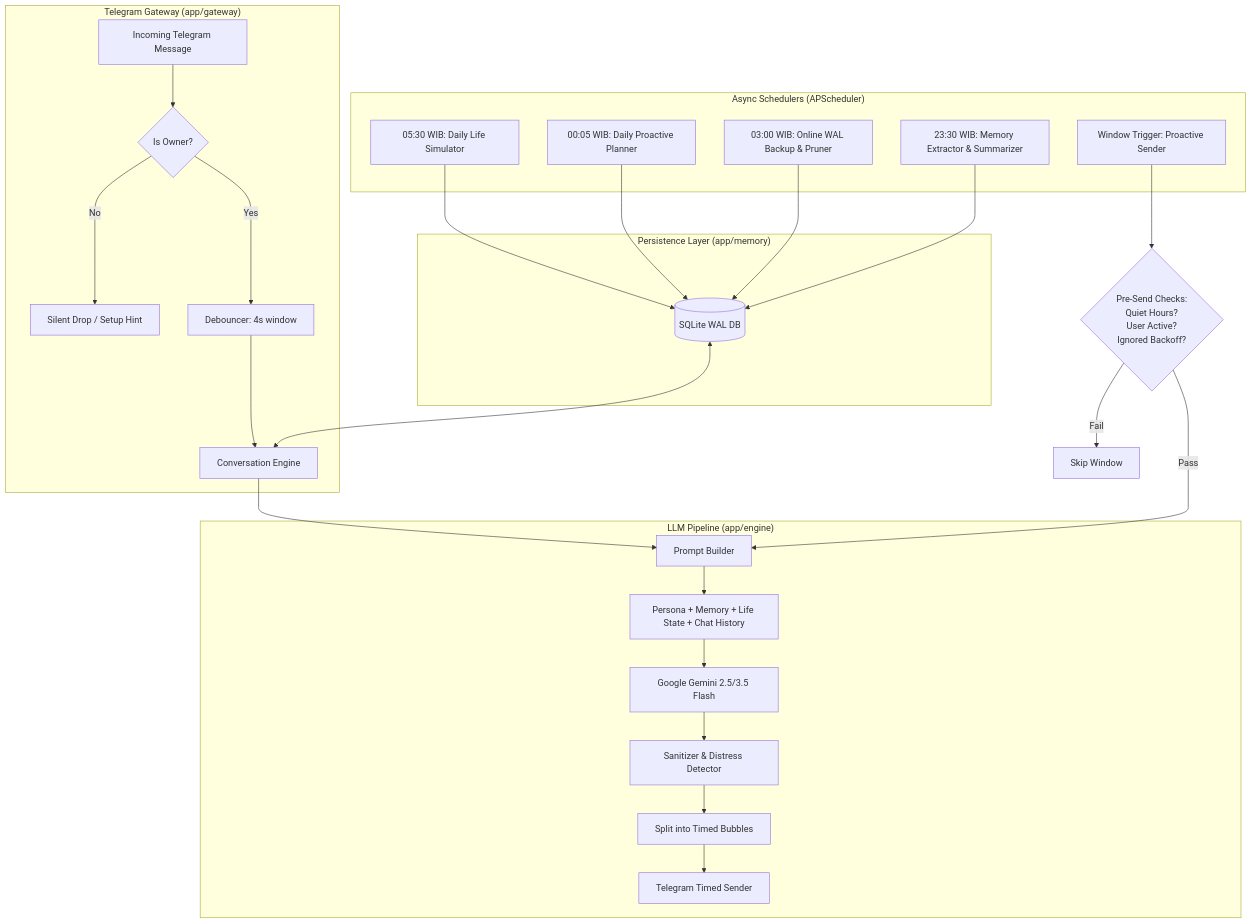
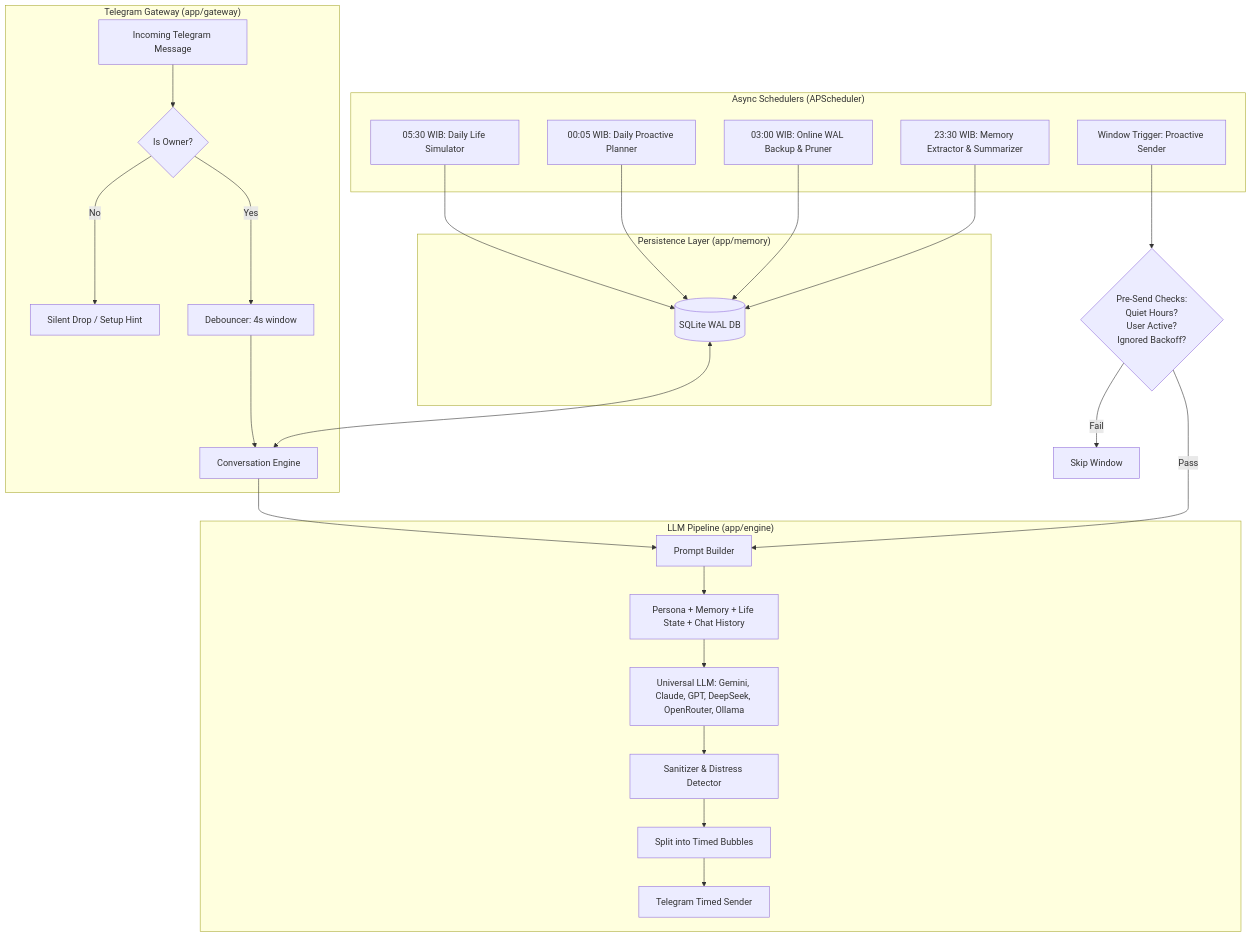
Before and after one commit to azbagas/nala-ai: the diagram in README.md, drawn with Mermaid. The commit also changed other lines of this file and 23 other files, not shown here.

First line of the commit message:
feat(llm): migrate to universal LLM client via LiteLLM and clean legacy Gemini code

````diff
--- a/README.md
+++ b/README.md
@@ -69,39 +69,39 @@
 ```mermaid
 flowchart TD
     subgraph TelegramGateway ["Telegram Gateway (app/gateway)"]
         UserMsg[Incoming Telegram Message] --> AuthCheck{Is Owner?}
         AuthCheck -- No --> Drop[Silent Drop / Setup Hint]
         AuthCheck -- Yes --> Debouncer[Debouncer: 4s window]
         Debouncer --> Engine[Conversation Engine]
     end
 
     subgraph MemoryLayer ["Persistence Layer (app/memory)"]
         Store[(SQLite WAL DB)]
         Store <--> Engine
     end
 
     subgraph LLMEngine ["LLM Pipeline (app/engine)"]
         Engine --> PromptBuilder[Prompt Builder]
         PromptBuilder --> Context[Persona + Memory + Life State + Chat History]
-        Context --> Gemini[Google Gemini 2.5/3.5 Flash]
-        Gemini --> Sanitizer[Sanitizer & Distress Detector]
+        Context --> LLM[Universal LLM: Gemini, Claude, GPT, DeepSeek, OpenRouter, Ollama]
+        LLM --> Sanitizer[Sanitizer & Distress Detector]
         Sanitizer --> BubbleSplitter[Split into Timed Bubbles]
         BubbleSplitter --> Sender[Telegram Timed Sender]
     end
 
     subgraph BackgroundWorkers ["Async Schedulers (APScheduler)"]
         JobPlanner[00:05 WIB: Daily Proactive Planner]
         JobLife[05:30 WIB: Daily Life Simulator]
         JobBackup[03:00 WIB: Online WAL Backup & Pruner]
         JobNightly[23:30 WIB: Memory Extractor & Summarizer]
         JobProactive[Window Trigger: Proactive Sender]
     end
 
     JobLife --> Store
     JobPlanner --> Store
     JobBackup --> Store
     JobNightly --> Store
     JobProactive --> PreChecks{Pre-Send Checks:\nQuiet Hours?\nUser Active?\nIgnored Backoff?}
     PreChecks -- Pass --> PromptBuilder
     PreChecks -- Fail --> Cancel[Skip Window]
 ```
````
